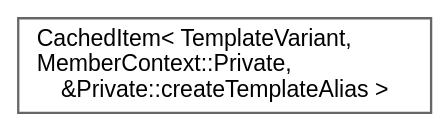
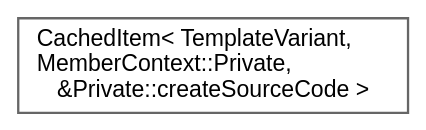
Before and after one commit to skyrich62/doxygen: the diagram in inherit_graph_190.dot, drawn with Graphviz. The commit also changed 11221 other files, not shown here.

```diff
--- a/inherit_graph_190.dot
+++ b/inherit_graph_190.dot
@@ -1,10 +1,10 @@
 digraph "Graphical Class Hierarchy"
 {
  // INTERACTIVE_SVG=YES
  // LATEX_PDF_SIZE
   bgcolor="transparent";
   edge [fontname=Helvetica,fontsize=10,labelfontname=Helvetica,labelfontsize=10];
   node [fontname=Helvetica,fontsize=10,shape=box,height=0.2,width=0.4];
   rankdir="LR";
-  Node0 [label="CachedItem\< TemplateVariant,\l MemberContext::Private,\l &Private::createTemplateAlias \>",height=0.2,width=0.4,color="grey40", fillcolor="white", style="filled",URL="$d7/dc1/class_cached_item.html",tooltip=" "];
+  Node0 [label="CachedItem\< TemplateVariant,\l MemberContext::Private,\l &Private::createSourceCode \>",height=0.2,width=0.4,color="grey40", fillcolor="white", style="filled",URL="$d7/dc1/class_cached_item.html",tooltip=" "];
 }
```
